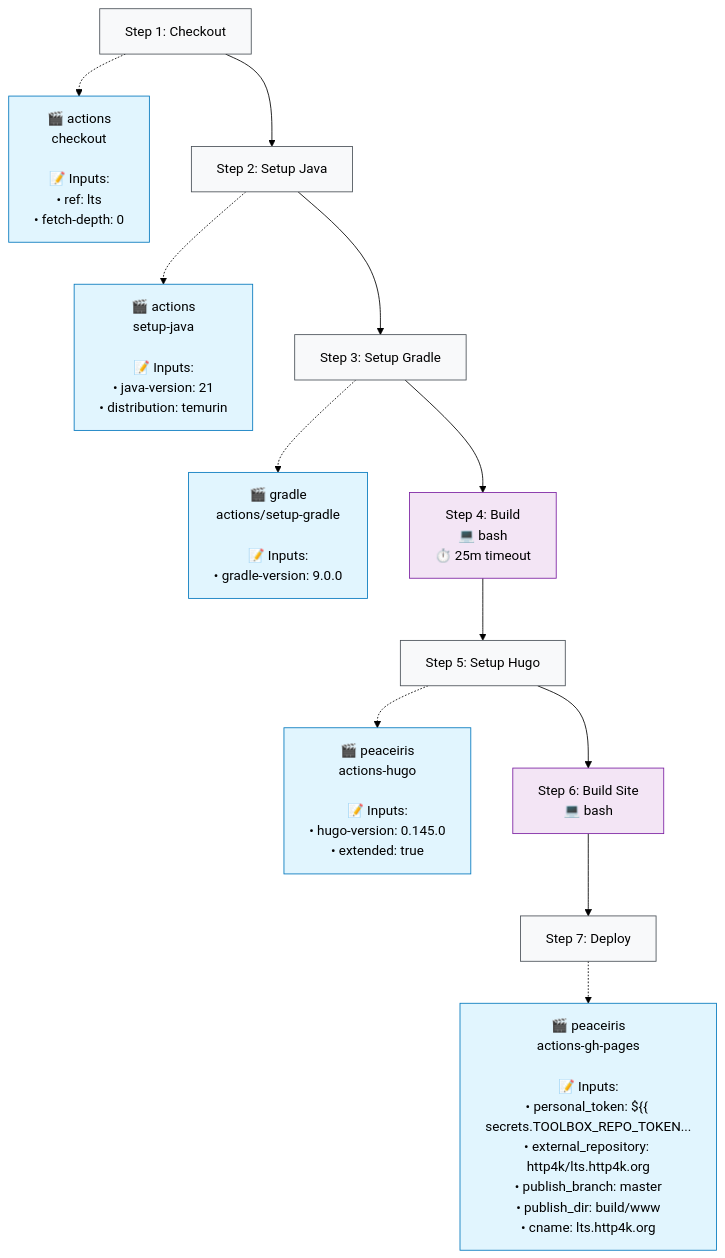
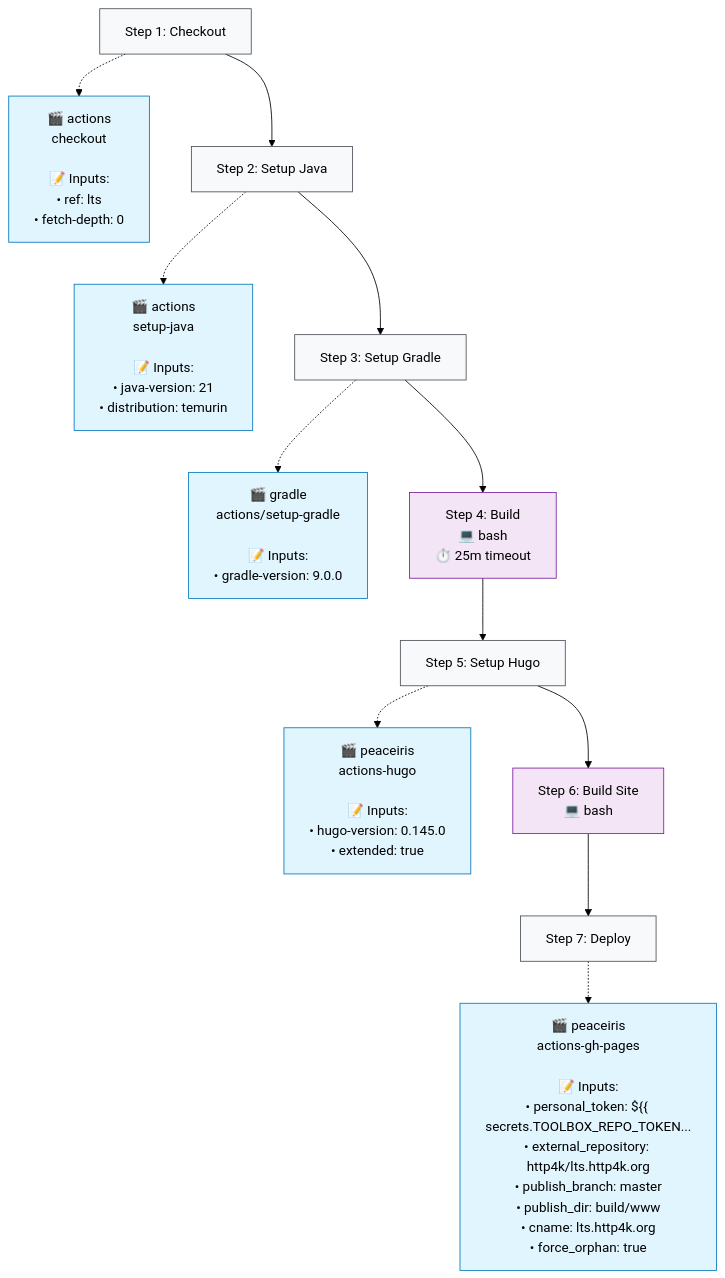
One commit to http4k/www changed the second of 2 diagrams in .github/typeflows/build-lts/README.md. Above: the diagram before and after it, drawn with Mermaid (forest theme). The commit also changed 5 other files, not shown here.

````diff
--- a/.github/typeflows/build-lts/README.md
+++ b/.github/typeflows/build-lts/README.md
@@ -25,39 +25,39 @@
 ```mermaid
 %%{init: {"flowchart": {"curve": "basis"}}}%%
 flowchart TD
     step1["Step 1: Checkout"]
     style step1 fill:#f8f9fa,stroke:#495057
     action1["🎬 actions<br/>checkout<br/><br/>📝 Inputs:<br/>• ref: lts<br/>• fetch-depth: 0"]
     style action1 fill:#e1f5fe,stroke:#0277bd
     step1 -.-> action1
     step2["Step 2: Setup Java"]
     style step2 fill:#f8f9fa,stroke:#495057
     action2["🎬 actions<br/>setup-java<br/><br/>📝 Inputs:<br/>• java-version: 21<br/>• distribution: temurin"]
     style action2 fill:#e1f5fe,stroke:#0277bd
     step2 -.-> action2
     step1 --> step2
     step3["Step 3: Setup Gradle"]
     style step3 fill:#f8f9fa,stroke:#495057
     action3["🎬 gradle<br/>actions/setup-gradle<br/><br/>📝 Inputs:<br/>• gradle-version: 9.0.0"]
     style action3 fill:#e1f5fe,stroke:#0277bd
     step3 -.-> action3
     step2 --> step3
     step4["Step 4: Build<br/>💻 bash<br/>⏱️ 25m timeout"]
     style step4 fill:#f3e5f5,stroke:#7b1fa2
     step3 --> step4
     step5["Step 5: Setup Hugo"]
     style step5 fill:#f8f9fa,stroke:#495057
     action5["🎬 peaceiris<br/>actions-hugo<br/><br/>📝 Inputs:<br/>• hugo-version: 0.145.0<br/>• extended: true"]
     style action5 fill:#e1f5fe,stroke:#0277bd
     step5 -.-> action5
     step4 --> step5
     step6["Step 6: Build Site<br/>💻 bash"]
     style step6 fill:#f3e5f5,stroke:#7b1fa2
     step5 --> step6
     step7["Step 7: Deploy"]
     style step7 fill:#f8f9fa,stroke:#495057
-    action7["🎬 peaceiris<br/>actions-gh-pages<br/><br/>📝 Inputs:<br/>• personal_token: ${{ secrets.TOOLBOX_REPO_TOKEN...<br/>• external_repository: http4k/lts.http4k.org<br/>• publish_branch: master<br/>• publish_dir: build/www<br/>• cname: lts.http4k.org"]
+    action7["🎬 peaceiris<br/>actions-gh-pages<br/><br/>📝 Inputs:<br/>• personal_token: ${{ secrets.TOOLBOX_REPO_TOKEN...<br/>• external_repository: http4k/lts.http4k.org<br/>• publish_branch: master<br/>• publish_dir: build/www<br/>• cname: lts.http4k.org<br/>• force_orphan: true"]
     style action7 fill:#e1f5fe,stroke:#0277bd
     step7 -.-> action7
     step6 --> step7
 ```
````
